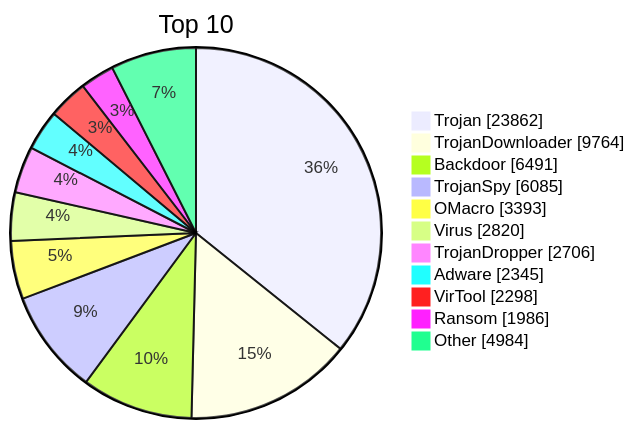
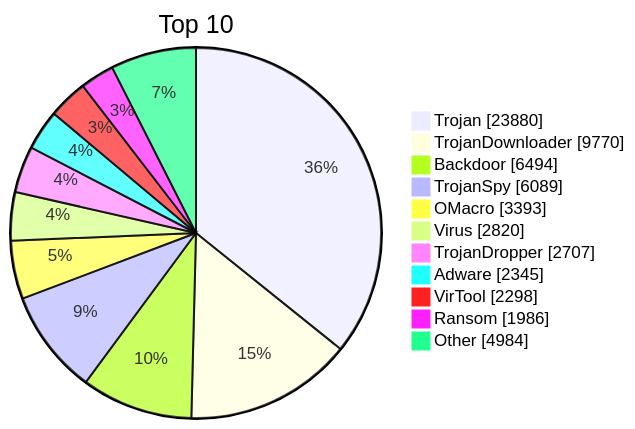
One commit to JerryLinLinLin/huorong-virdb-changelog changed the diagram in README.md. Above: the diagram before and after it, drawn with Mermaid. The commit also changed other lines of this file and 14 other files, not shown here.

````diff
--- a/README.md
+++ b/README.md
@@ -19,15 +19,15 @@
 ```mermaid
 pie showData
     title Top 10
-    "Trojan" : 23862
-    "TrojanDownloader" : 9764
-    "Backdoor" : 6491
-    "TrojanSpy" : 6085
+    "Trojan" : 23880
+    "TrojanDownloader" : 9770
+    "Backdoor" : 6494
+    "TrojanSpy" : 6089
     "OMacro" : 3393
     "Virus" : 2820
-    "TrojanDropper" : 2706
+    "TrojanDropper" : 2707
     "Adware" : 2345
     "VirTool" : 2298
     "Ransom" : 1986
     "Other" : 4984
 ```
````
